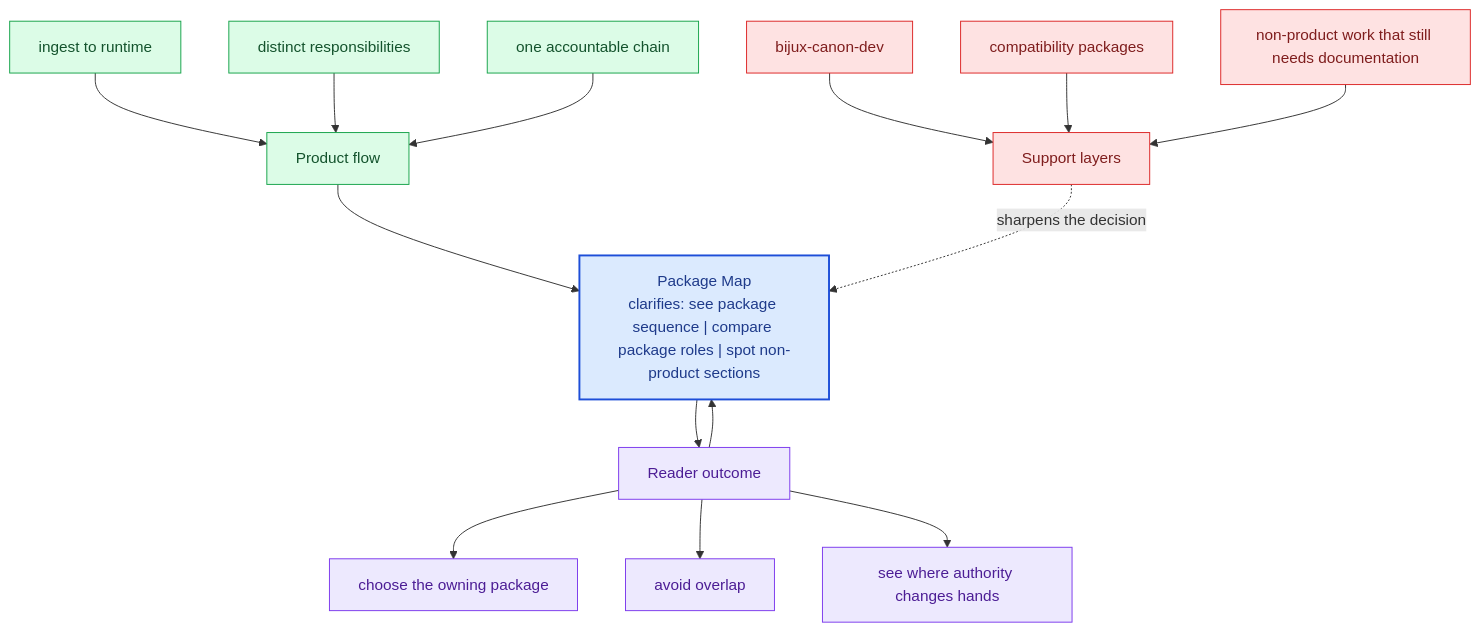
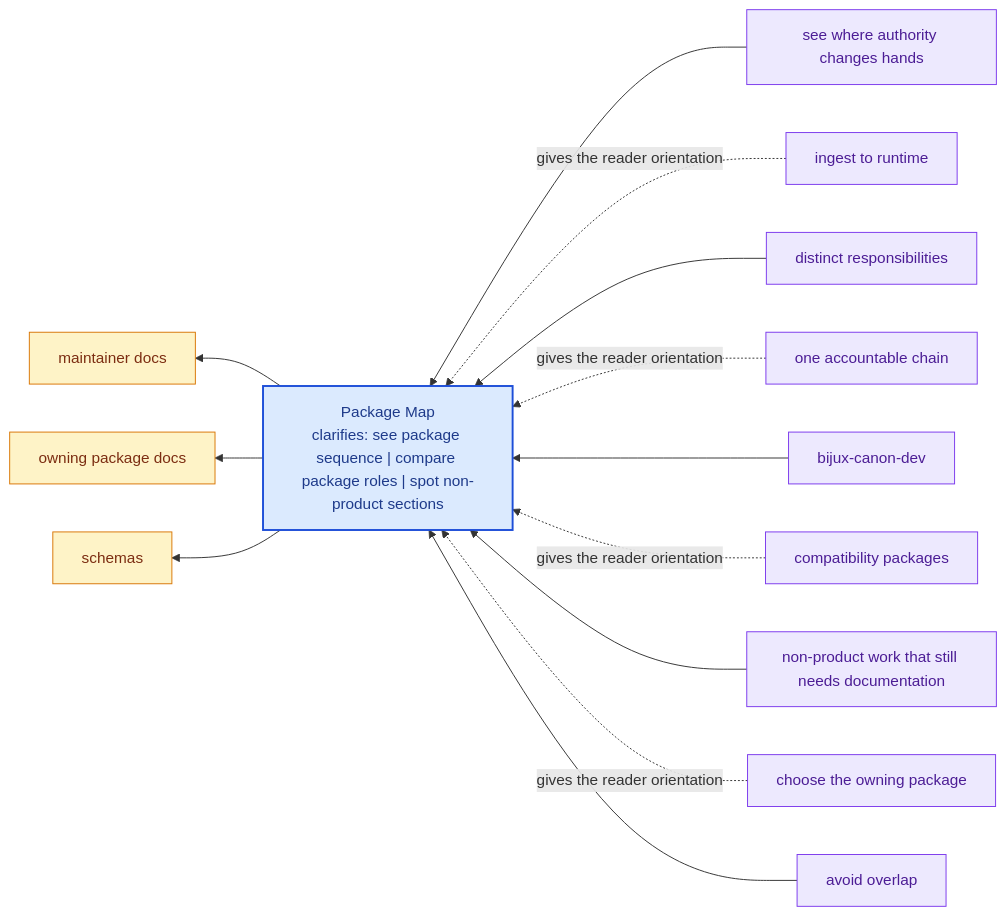
One commit to bijux/bijux-canon changed the diagram in docs/bijux-canon/package-map.md. Above: the diagram before and after it, drawn with Mermaid. The commit also changed other lines of this file and 281 other files, not shown here.

Commit message:
docs(diagrams): replace repeated mermaid scaffolds with page-specific summaries

````diff
--- a/docs/bijux-canon/package-map.md
+++ b/docs/bijux-canon/package-map.md
@@ -75,40 +30,36 @@
 ```mermaid
-flowchart TB
-    promise["Package Map<br/>clarifies: see package sequence | compare package roles | spot non-product sections"]
-    classDef promise fill:#dbeafe,stroke:#1d4ed8,color:#1e3a8a,stroke-width:2px;
-    classDef driver fill:#dcfce7,stroke:#16a34a,color:#14532d;
-    classDef constraint fill:#fee2e2,stroke:#dc2626,color:#7f1d1d;
-    classDef ground fill:#ede9fe,stroke:#7c3aed,color:#4c1d95;
-    focus1["Product flow"]
-    focus1 --> promise
-    focus1_1["ingest to runtime"]
-    focus1_1 --> focus1
-    focus1_2["distinct responsibilities"]
-    focus1_2 --> focus1
-    focus1_3["one accountable chain"]
-    focus1_3 --> focus1
-    class focus1 driver;
-    class focus1_1,focus1_2,focus1_3 driver;
-    focus2["Support layers"]
-    focus2 -.sharpens the decision.-> promise
-    focus2_1["bijux-canon-dev"]
-    focus2_1 --> focus2
-    focus2_2["compatibility packages"]
-    focus2_2 --> focus2
-    focus2_3["non-product work that still needs documentation"]
-    focus2_3 --> focus2
-    class focus2 constraint;
-    class focus2_1,focus2_2,focus2_3 constraint;
-    focus3["Reader outcome"]
-    focus3 --> promise
-    promise --> focus3
-    focus3_1["choose the owning package"]
-    focus3 --> focus3_1
-    focus3_2["avoid overlap"]
-    focus3 --> focus3_2
-    focus3_3["see where authority changes hands"]
-    focus3 --> focus3_3
-    class focus3 ground;
-    class focus3_1,focus3_2,focus3_3 ground;
-    class promise promise;
+flowchart RL
+    page["Package Map<br/>clarifies: see package sequence | compare package roles | spot non-product sections"]
+    classDef page fill:#dbeafe,stroke:#1d4ed8,color:#1e3a8a,stroke-width:2px;
+    classDef positive fill:#dcfce7,stroke:#16a34a,color:#14532d;
+    classDef caution fill:#fee2e2,stroke:#dc2626,color:#7f1d1d;
+    classDef anchor fill:#ede9fe,stroke:#7c3aed,color:#4c1d95;
+    classDef action fill:#fef3c7,stroke:#d97706,color:#7c2d12;
+    detail1["see where authority changes hands"]
+    detail1 --> page
+    detail2["ingest to runtime"]
+    detail2 -.gives the reader orientation.-> page
+    detail3["distinct responsibilities"]
+    detail3 --> page
+    detail4["one accountable chain"]
+    detail4 -.gives the reader orientation.-> page
+    detail5["bijux-canon-dev"]
+    detail5 --> page
+    detail6["compatibility packages"]
+    detail6 -.gives the reader orientation.-> page
+    detail7["non-product work that still needs documentation"]
+    detail7 --> page
+    detail8["choose the owning package"]
+    detail8 -.gives the reader orientation.-> page
+    detail9["avoid overlap"]
+    detail9 --> page
+    next1["maintainer docs"]
+    page --> next1
+    next2["owning package docs"]
+    page --> next2
+    next3["schemas"]
+    page --> next3
+    class page page;
+    class detail1,detail2,detail3,detail4,detail5,detail6,detail7,detail8,detail9 anchor;
+    class next1,next2,next3 action;
 ```
````
